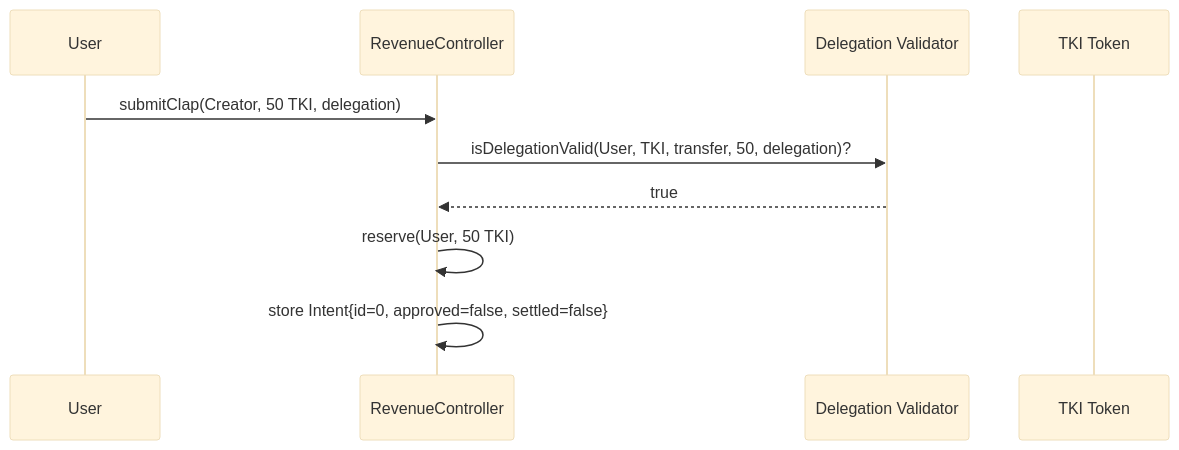
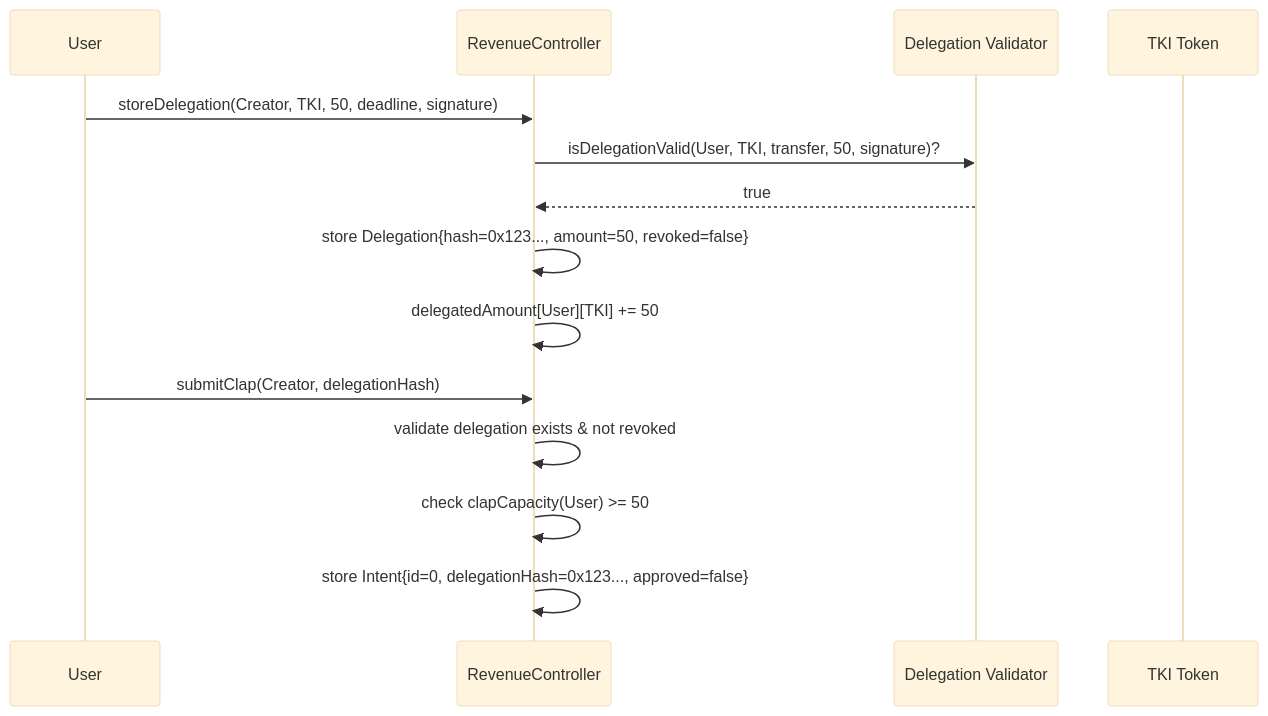
The second of 3 diagrams in CONTRACT_ARCHITECTURE.md (gitaalekhyapaul/techjam-be), drawn with Mermaid (base theme) before and after one commit. The commit also changed other lines of this file and 14 other files, not shown here.

Commit message:
wip: improve contract architecture

````diff
--- a/CONTRACT_ARCHITECTURE.md
+++ b/CONTRACT_ARCHITECTURE.md
@@ -128,13 +168,18 @@
 ```mermaid
 sequenceDiagram
     participant User
     participant RC as RevenueController
     participant DV as Delegation Validator
     participant TKI as TKI Token
 
-    User->>RC: submitClap(Creator, 50 TKI, delegation)
-    RC->>DV: isDelegationValid(User, TKI, transfer, 50, delegation)?
+    User->>RC: storeDelegation(Creator, TKI, 50, deadline, signature)
+    RC->>DV: isDelegationValid(User, TKI, transfer, 50, signature)?
     DV-->>RC: true
-    RC->>RC: reserve(User, 50 TKI)
-    RC->>RC: store Intent{id=0, approved=false, settled=false}
+    RC->>RC: store Delegation{hash=0x123..., amount=50, revoked=false}
+    RC->>RC: delegatedAmount[User][TKI] += 50
+
+    User->>RC: submitClap(Creator, delegationHash)
+    RC->>RC: validate delegation exists & not revoked
+    RC->>RC: check clapCapacity(User) >= 50
+    RC->>RC: store Intent{id=0, delegationHash=0x123..., approved=false}
 ```
````
